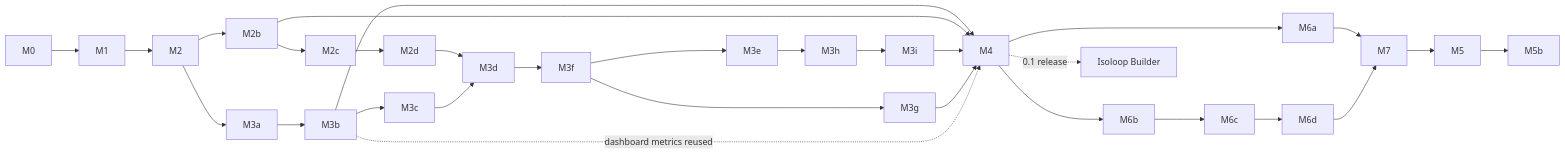
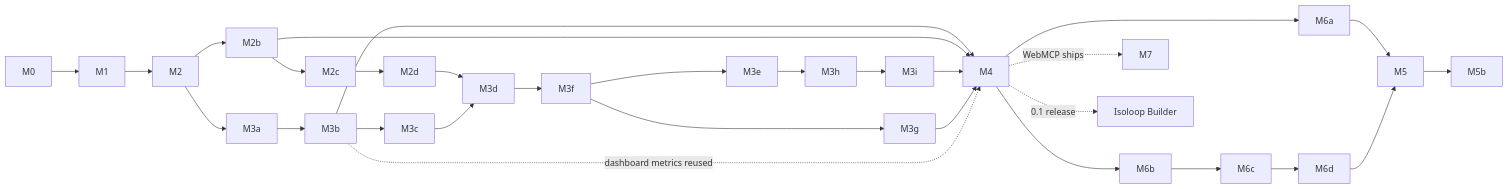
The diagram in docs/plans/README.md (isoloop/isoloop), drawn with Mermaid before and after one commit. The commit also changed other lines of this file and 13 other files, not shown here.

First line of the commit message:
docs(m4): split M4 into four epics; agent support in 0.1; M7 becomes WebMCP to stable

````diff
--- a/docs/plans/README.md
+++ b/docs/plans/README.md
@@ -37,13 +41,14 @@
 ```mermaid
 flowchart LR
   M0 --> M1 --> M2 --> M3a --> M3b --> M4
   M2 --> M2b --> M4
   M4 --> M6a & M6b
   M6b --> M6c --> M6d
-  M6a & M6d --> M7 --> M5 --> M5b
+  M6a & M6d --> M5 --> M5b
+  M4 -. "WebMCP ships" .-> M7
   M4 -. "0.1 release" .-> Builder["Isoloop Builder"]
   M2b --> M2c --> M2d --> M3d --> M3f --> M3e --> M3h --> M3i --> M4
   M3f --> M3g --> M4
   M3b --> M3c --> M3d
   M3b -. "dashboard metrics reused" .-> M4
 ```
````
